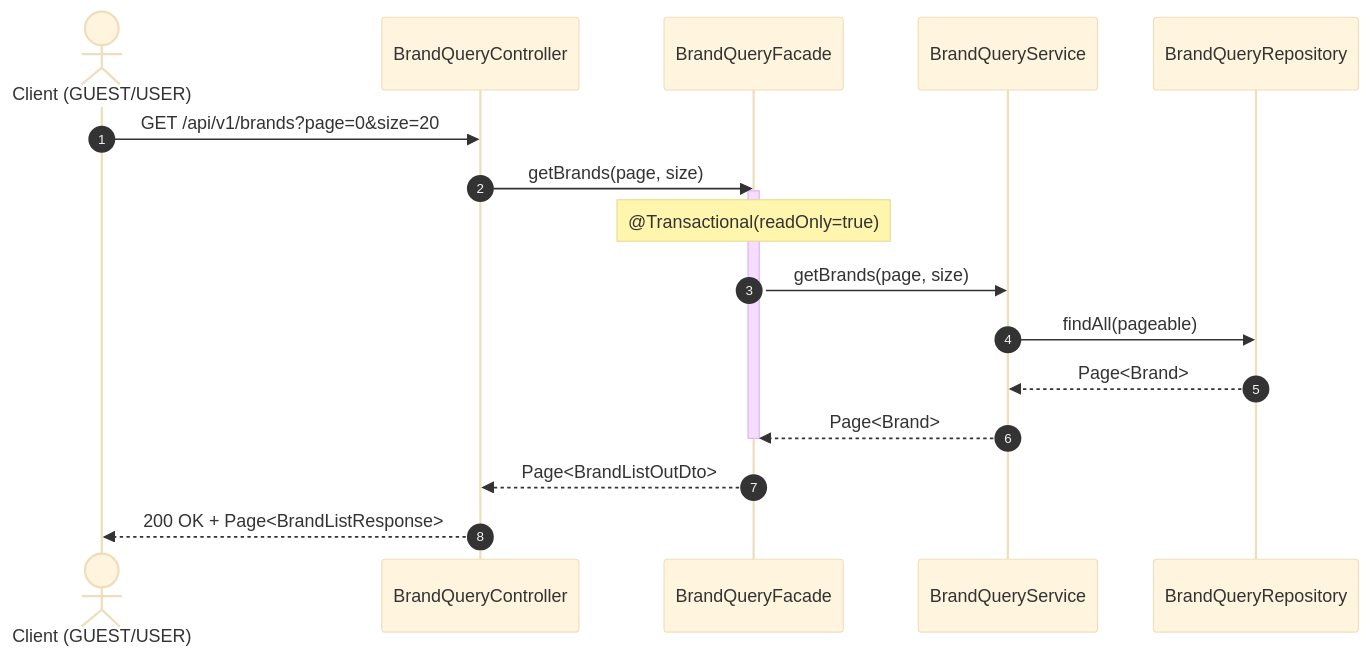
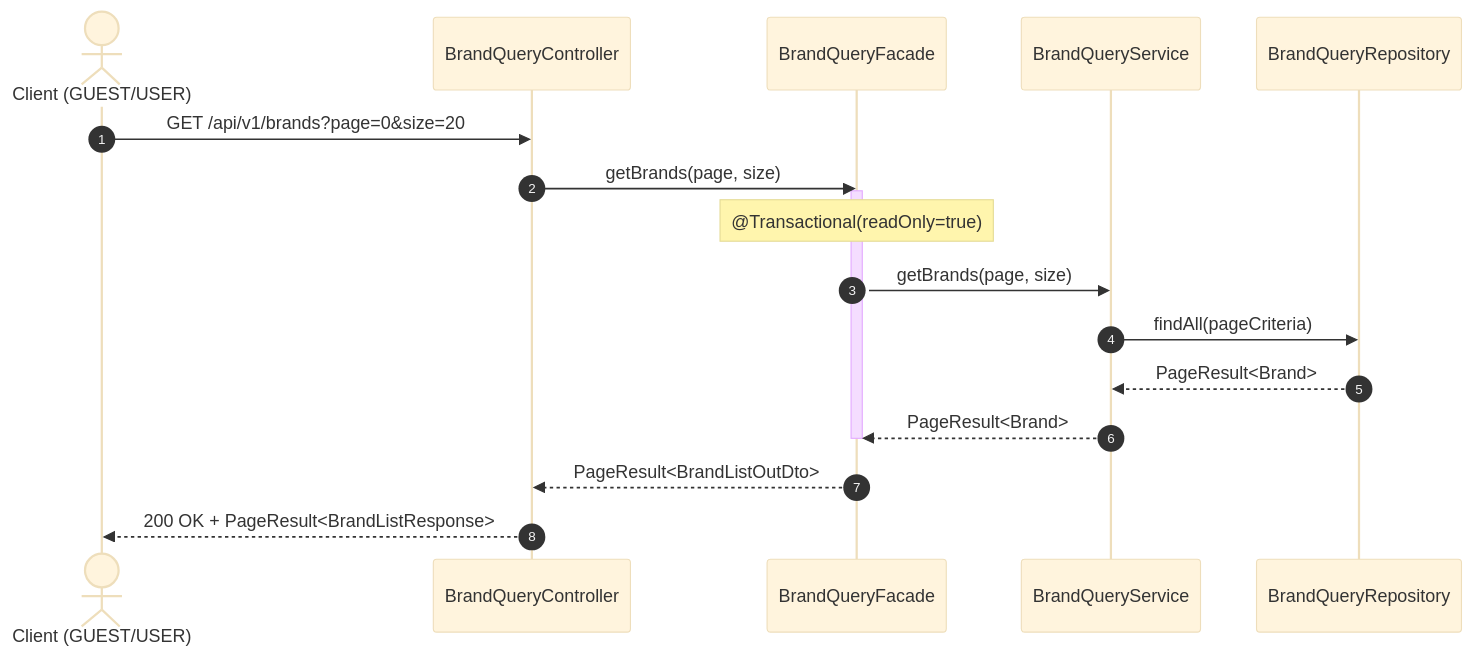
Before and after one commit to Hwan0518/loop-pack-be-l2-vol3-java: the first of 26 diagrams in docs/design/02-sequence-diagrams.md, drawn with Mermaid (base theme). The commit also changed other lines of this file and 7 other files, not shown here.

````diff
--- a/docs/design/02-sequence-diagrams.md
+++ b/docs/design/02-sequence-diagrams.md
@@ -154,21 +154,21 @@
 ```mermaid
 sequenceDiagram
     autonumber
     actor Client as Client (GUEST/USER)
     participant Controller as BrandQueryController
     participant Facade as BrandQueryFacade
     participant Service as BrandQueryService
     participant Repository as BrandQueryRepository
 
     Client->>Controller: GET /api/v1/brands?page=0&size=20
     Controller->>Facade: getBrands(page, size)
     activate Facade
     Note over Facade: @Transactional(readOnly=true)
     Facade->>Service: getBrands(page, size)
-    Service->>Repository: findAll(pageable)
-    Repository-->>Service: Page<Brand>
-    Service-->>Facade: Page<Brand>
+    Service->>Repository: findAll(pageCriteria)
+    Repository-->>Service: PageResult<Brand>
+    Service-->>Facade: PageResult<Brand>
     deactivate Facade
-    Facade-->>Controller: Page<BrandListOutDto>
-    Controller-->>Client: 200 OK + Page<BrandListResponse>
+    Facade-->>Controller: PageResult<BrandListOutDto>
+    Controller-->>Client: 200 OK + PageResult<BrandListResponse>
 ```
````
